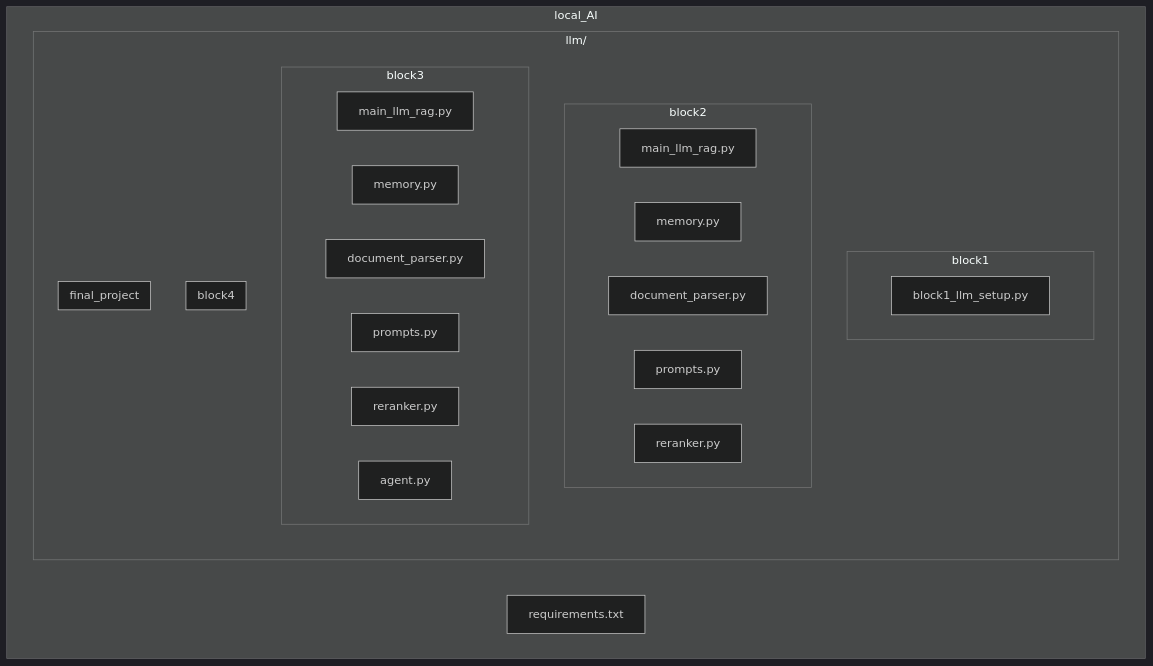
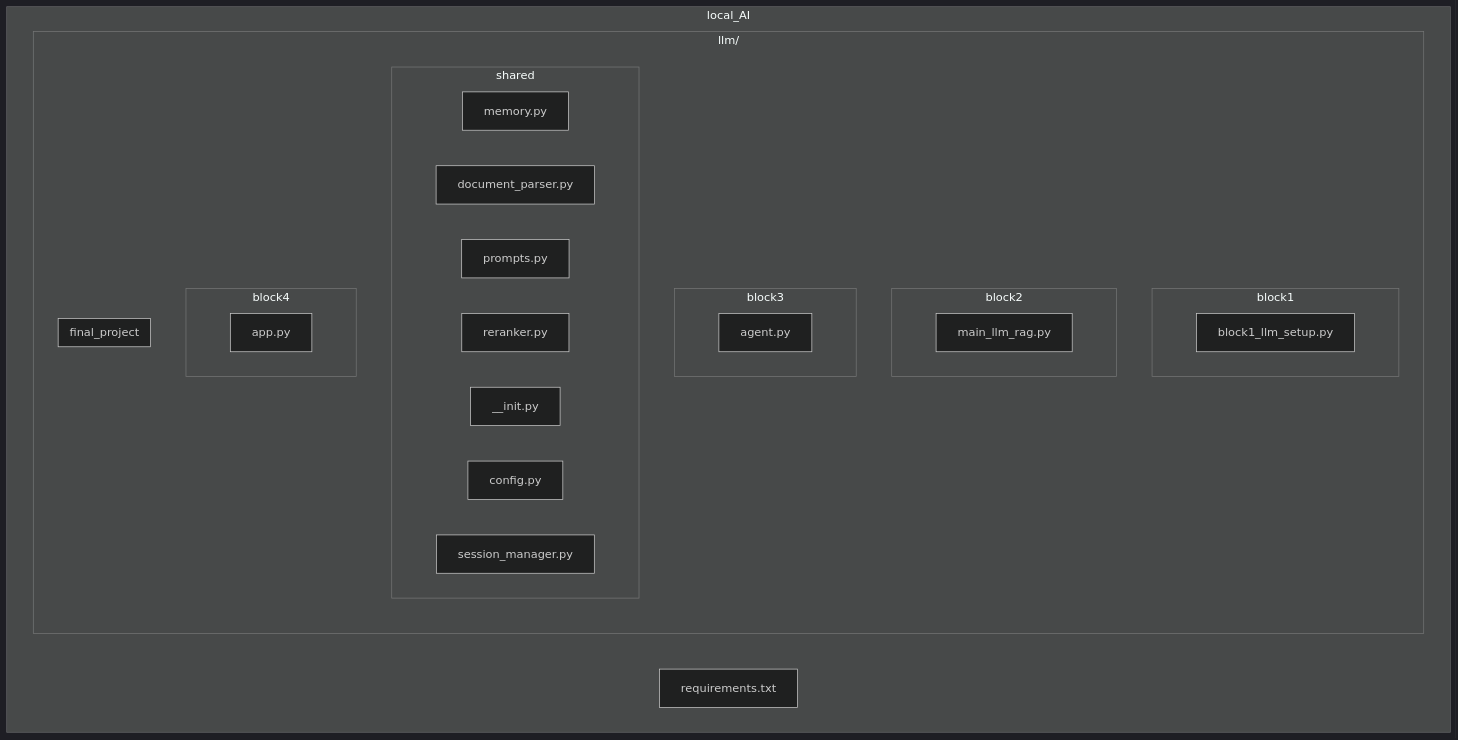
The first of 2 diagrams in README.md (d1seternal/local_AI), drawn with Mermaid (dark theme) before and after one commit. The commit also changed other lines of this file, not shown here.

````diff
--- a/README.md
+++ b/README.md
@@ -26,37 +26,36 @@
 ```mermaid
 graph TD
     subgraph "local_AI"
         A[requirements.txt]
         
         subgraph LLM[llm/]
             subgraph B1[block1]
                 B1F[block1_llm_setup.py]
             end
             
             subgraph B2[block2]
                 B2F1[main_llm_rag.py]
-                B2F2[memory.py]
-                B2F3[document_parser.py]
-                B2F4[prompts.py]
-                B2F5[reranker.py]
             end
             
             subgraph B3[block3]
-                B3F1[main_llm_rag.py]
-                B3F2[memory.py]
-                B3F3[document_parser.py]
-                B3F4[prompts.py]
-                B3F5[reranker.py]
-                B3F6[agent.py]
+                B3F1[agent.py]
             end
             
-            subgraph B4[block4]
-                
+            subgraph B4[shared]
+                B4F1[memory.py]
+                B4F2[document_parser.py]
+                B4F3[prompts.py]
+                B4F4[reranker.py]
+                B4F5[__init.py]
+                B4F6[config.py]
+                B4F7[session_manager.py]
             end
-            
+            subgraph B5[block4]
+                B5F1[app.py]
+            end
             subgraph FP[final_project]
                 
             end
         end
     end
 ```
````
